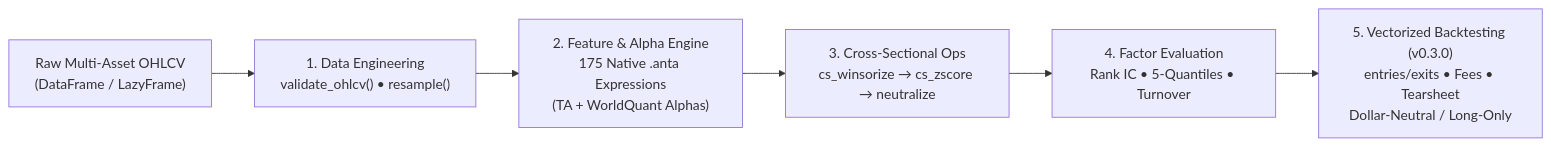
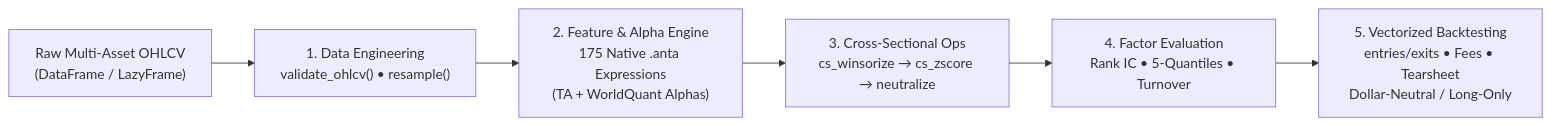
One commit to huuan26/polars-anta changed the diagram in README.md. Above: the diagram before and after it, drawn with Mermaid. The commit also changed other lines of this file and 5 other files, not shown here.

````diff
--- a/README.md
+++ b/README.md
@@ -53,8 +222,8 @@
 ```mermaid
 flowchart LR
     A["Raw Multi-Asset OHLCV<br/>(DataFrame / LazyFrame)"] --> B["1. Data Engineering<br/>validate_ohlcv() • resample()"]
     B --> C["2. Feature & Alpha Engine<br/>175 Native .anta Expressions<br/>(TA + WorldQuant Alphas)"]
     C --> D["3. Cross-Sectional Ops<br/>cs_winsorize → cs_zscore → neutralize"]
     D --> E["4. Factor Evaluation<br/>Rank IC • 5-Quantiles • Turnover"]
-    E --> F["5. Vectorized Backtesting (v0.3.0)<br/>entries/exits • Fees • Tearsheet<br/>Dollar-Neutral / Long-Only"]
+    E --> F["5. Vectorized Backtesting<br/>entries/exits • Fees • Tearsheet<br/>Dollar-Neutral / Long-Only"]
 ```
````
